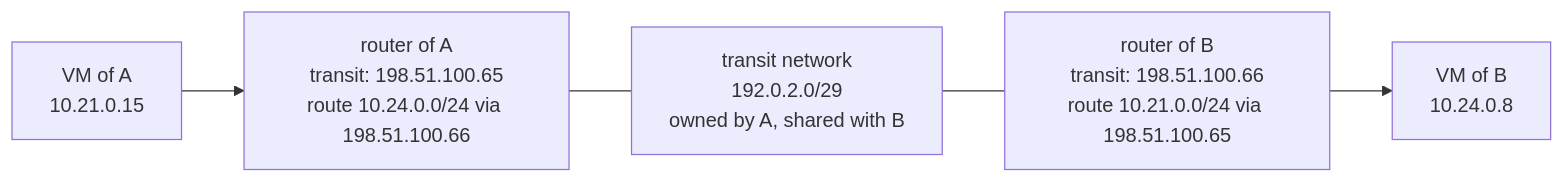
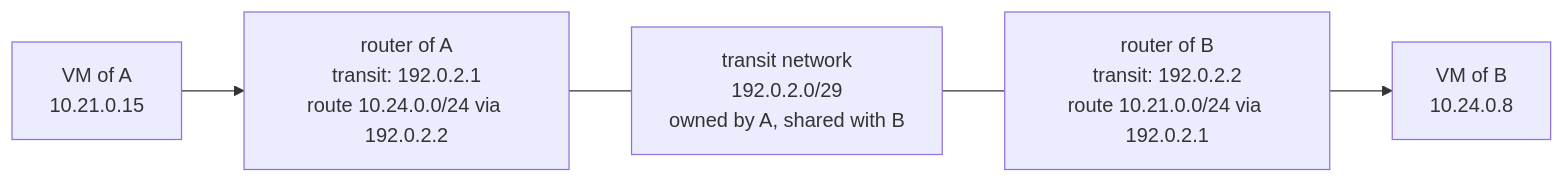
Before and after one commit to CyprisTech/openstack-multitenant-reference: the diagram in docs/concepts/connecting-tenants.md, drawn with Mermaid. The commit also changed 45 other files, not shown here.

````diff
--- a/docs/concepts/connecting-tenants.md
+++ b/docs/concepts/connecting-tenants.md
@@ -15,7 +15,7 @@
 ```mermaid
 flowchart LR
-    VA["VM of A<br/>10.21.0.15"] --> RA["router of A<br/>transit: 198.51.100.65<br/>route 10.24.0.0/24 via 198.51.100.66"]
+    VA["VM of A<br/>10.21.0.15"] --> RA["router of A<br/>transit: 192.0.2.1<br/>route 10.24.0.0/24 via 192.0.2.2"]
     RA --- T["transit network<br/>192.0.2.0/29<br/>owned by A, shared with B"]
-    T --- RB["router of B<br/>transit: 198.51.100.66<br/>route 10.21.0.0/24 via 198.51.100.65"]
+    T --- RB["router of B<br/>transit: 192.0.2.2<br/>route 10.21.0.0/24 via 192.0.2.1"]
     RB --> VB["VM of B<br/>10.24.0.8"]
 ```
````
